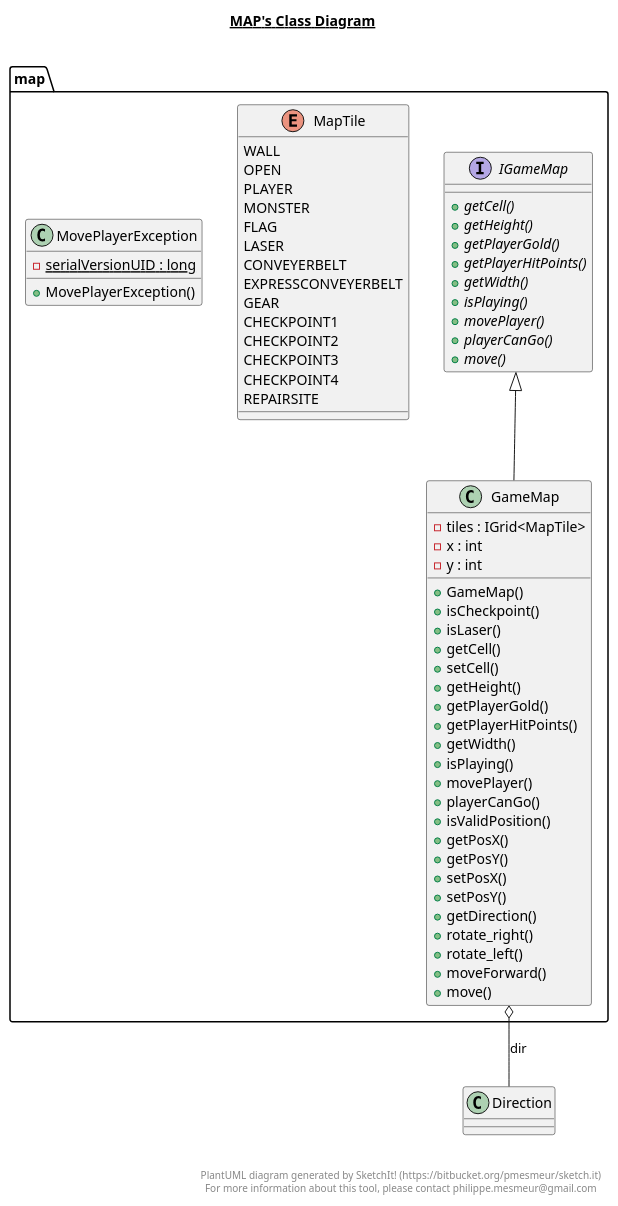
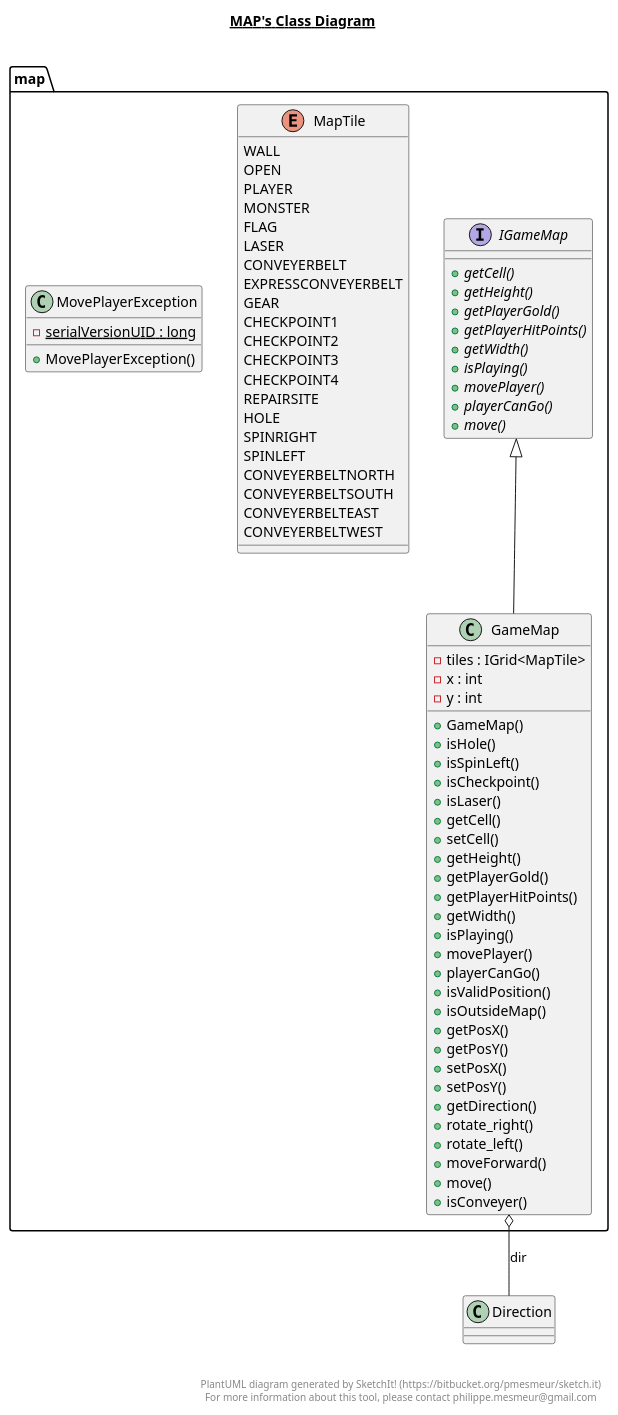
The diagram in src/main/java/map/map.plantuml (inf112-v19/Thebadguys), drawn with PlantUML before and after one commit. The commit also changed 5 other files, not shown here.

```diff
--- a/src/main/java/map/map.plantuml
+++ b/src/main/java/map/map.plantuml
@@ -1,90 +1,101 @@
 @startuml
 
 title __MAP's Class Diagram__\n
 
   package map {
     class GameMap {
         - tiles : IGrid<MapTile>
         - x : int
         - y : int
         + GameMap()
+        + isHole()
+        + isSpinLeft()
         + isCheckpoint()
         + isLaser()
         + getCell()
         + setCell()
         + getHeight()
         + getPlayerGold()
         + getPlayerHitPoints()
         + getWidth()
         + isPlaying()
         + movePlayer()
         + playerCanGo()
         + isValidPosition()
+        + isOutsideMap()
         + getPosX()
         + getPosY()
         + setPosX()
         + setPosY()
         + getDirection()
         + rotate_right()
         + rotate_left()
         + moveForward()
         + move()
+        + isConveyer()
     }
   }
   
 
   package map {
     interface IGameMap {
         {abstract} + getCell()
         {abstract} + getHeight()
         {abstract} + getPlayerGold()
         {abstract} + getPlayerHitPoints()
         {abstract} + getWidth()
         {abstract} + isPlaying()
         {abstract} + movePlayer()
         {abstract} + playerCanGo()
         {abstract} + move()
     }
   }
   
 
   package map {
     enum MapTile {
       WALL
       OPEN
       PLAYER
       MONSTER
       FLAG
       LASER
       CONVEYERBELT
       EXPRESSCONVEYERBELT
       GEAR
       CHECKPOINT1
       CHECKPOINT2
       CHECKPOINT3
       CHECKPOINT4
       REPAIRSITE
+      HOLE
+      SPINRIGHT
+      SPINLEFT
+      CONVEYERBELTNORTH
+      CONVEYERBELTSOUTH
+      CONVEYERBELTEAST
+      CONVEYERBELTWEST
     }
   }
   
 
   package map {
     class MovePlayerException {
         {static} - serialVersionUID : long
         + MovePlayerException()
     }
   }
   
 
   GameMap -up-|> IGameMap
   GameMap o-- Direction : dir
 
 
 right footer
 
 
 PlantUML diagram generated by SketchIt! (https://bitbucket.org/pmesmeur/sketch.it)
 For more information about this tool, please contact philippe.mesmeur@gmail.com
 endfooter
 
 @enduml
```
